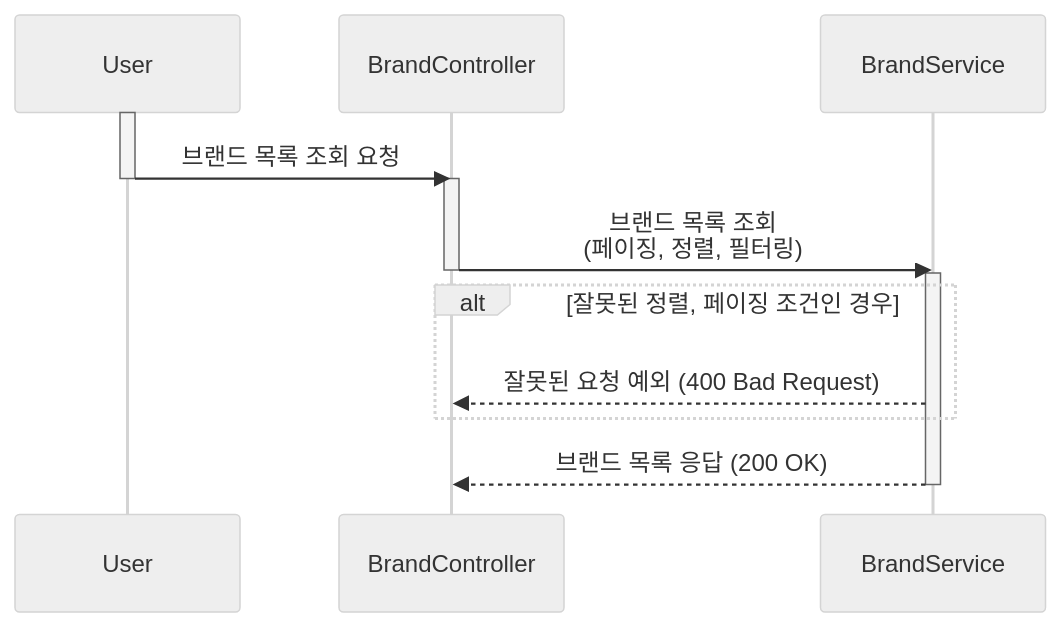
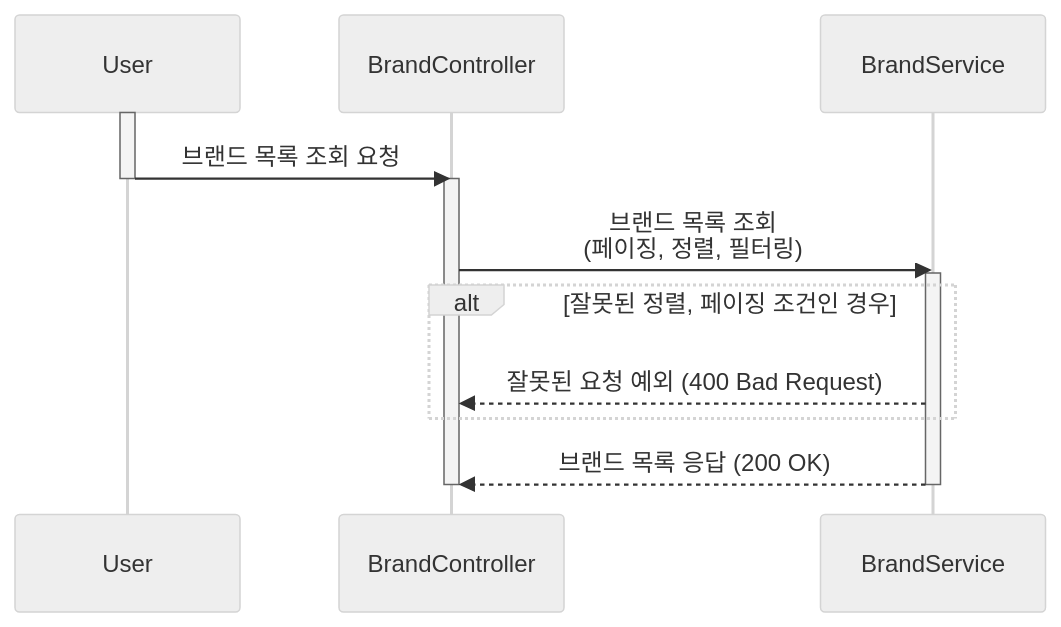
Before and after one commit to kiekk/gamsung-commerce: the first of 3 diagrams in docs/design/02-sequence-diagrams/brand.md, drawn with Mermaid (neutral theme). The commit also changed other lines of this file and 5 other files, not shown here.

First line of the commit message:
docs: 시퀀스 다이어그램 수정 (2주차 피드백 반영)

````diff
--- a/docs/design/02-sequence-diagrams/brand.md
+++ b/docs/design/02-sequence-diagrams/brand.md
@@ -5,18 +5,18 @@
 ```mermaid
 sequenceDiagram
     participant User
     participant BrandController
     participant BrandService
     activate User
     User ->> BrandController: 브랜드 목록 조회 요청
     deactivate User
     activate BrandController
     BrandController ->> BrandService: 브랜드 목록 조회<br/>(페이징, 정렬, 필터링)
-    deactivate BrandController
     activate BrandService
     alt 잘못된 정렬, 페이징 조건인 경우
         BrandService -->> BrandController: 잘못된 요청 예외 (400 Bad Request)
     end
     BrandService -->> BrandController: 브랜드 목록 응답 (200 OK)
+    deactivate BrandController
     deactivate BrandService
 ```
````
